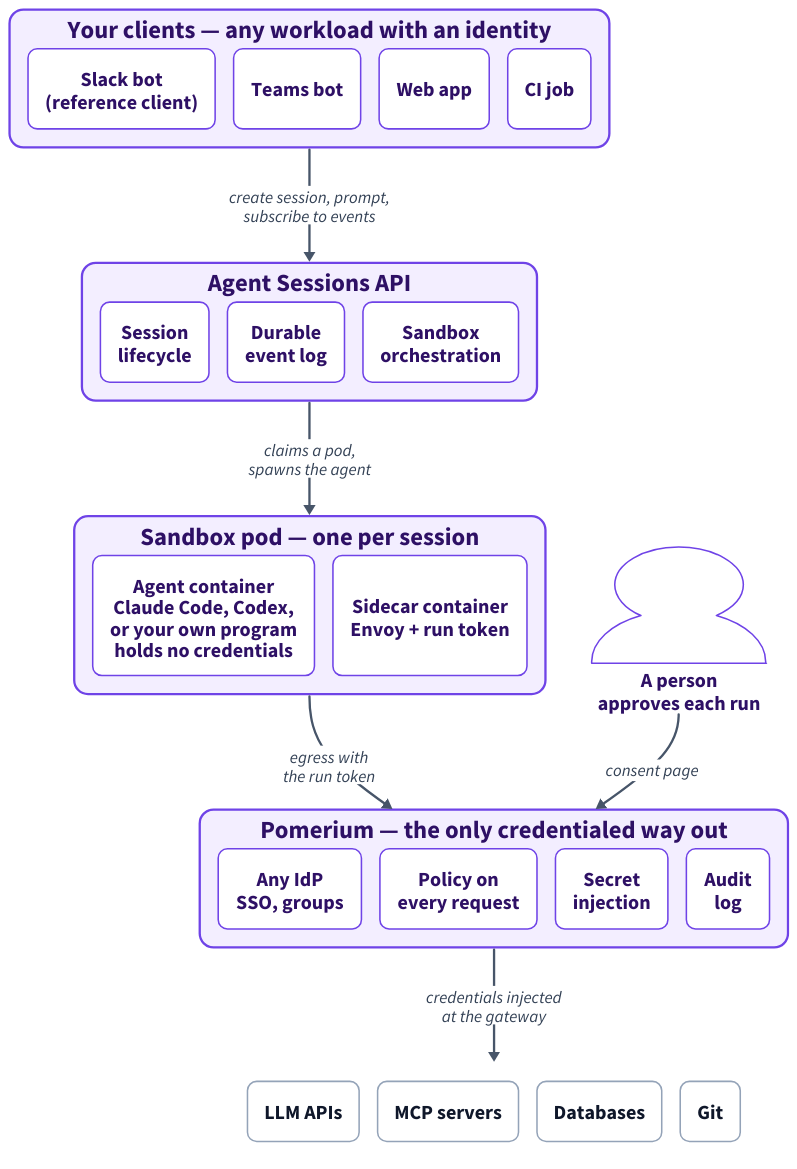
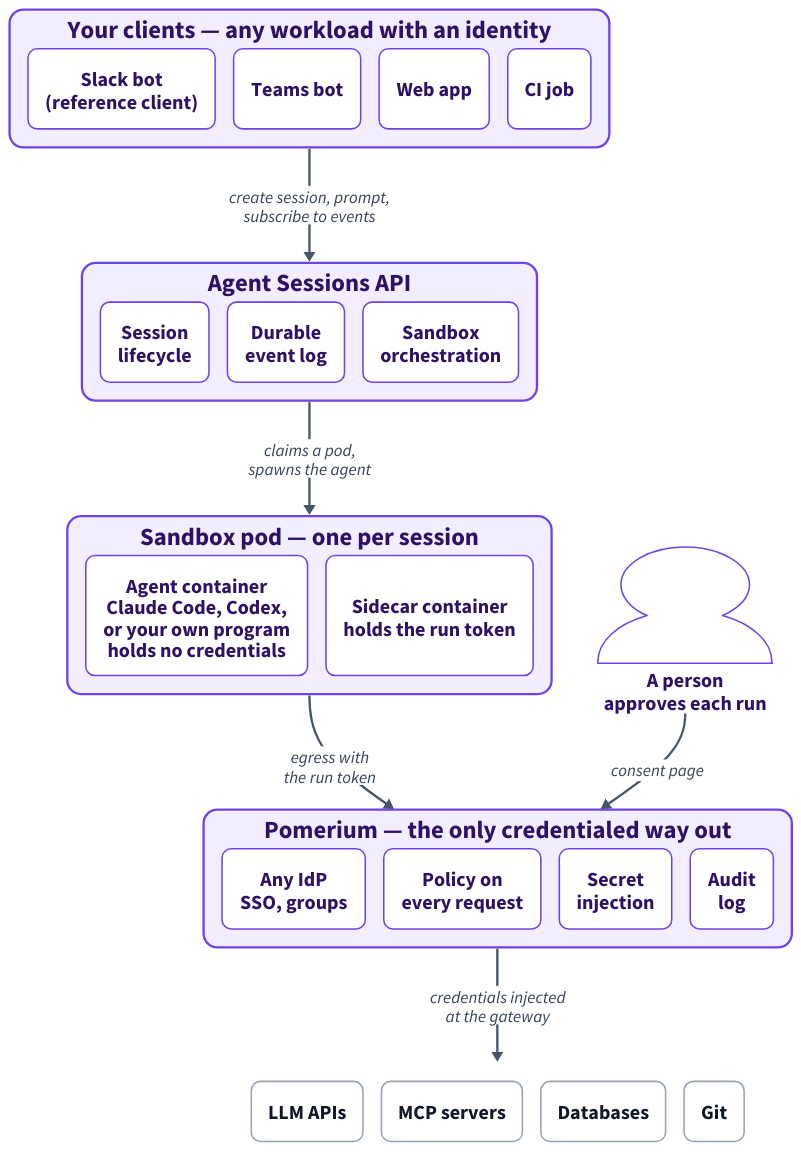
Before and after one commit to pomerium/documentation: the diagram in content/docs/capabilities/img/agentic-runtime/architecture.d2, drawn with D2. The commit also changed 4 other files, not shown here.

Commit message:
docs: hide envoy as implementation detail, call it the sidecar

```diff
--- a/content/docs/capabilities/img/agentic-runtime/architecture.d2
+++ b/content/docs/capabilities/img/agentic-runtime/architecture.d2
@@ -1,130 +1,130 @@
 # Pomerium Agentic Runtime — the whole system, top to bottom
 #
 # Regenerate:  d2 architecture.d2 architecture.svg
 
 direction: down
 
 vars: {
   d2-config: {
     pad: 40
   }
 }
 
 classes: {
   card: {
     shape: rectangle
     style: {
       fill: "#FFFFFF"
       stroke: "#6F43E7"
       stroke-width: 2
       border-radius: 12
       font-size: 26
       bold: true
       font-color: "#2E1065"
     }
   }
   layer: {
     style: {
       fill: "#F3EEFF"
       stroke: "#6F43E7"
       stroke-width: 3
       border-radius: 18
       font-size: 32
       bold: true
       font-color: "#2E1065"
     }
   }
   plain: {
     style: {
       fill: "#FFFFFF"
       stroke: "#94A3B8"
       stroke-width: 2
       border-radius: 12
       font-size: 26
       font-color: "#0F172A"
     }
   }
   actor: {
     shape: person
     style: {
       fill: "#FFFFFF"
       stroke: "#6F43E7"
       stroke-width: 2
       font-size: 26
       bold: true
       font-color: "#2E1065"
     }
   }
   edge: {
     style: {
       stroke: "#475569"
       stroke-width: 3
       font-size: 22
       font-color: "#334155"
     }
   }
 }
 
 clients: "Your clients — any workload with an identity" {
   class: layer
   grid-rows: 1
   grid-gap: 24
 
   slack: "Slack bot\n(reference client)" {class: card}
   teams: "Teams bot" {class: card}
   web: "Web app" {class: card}
   ci: "CI job" {class: card}
 }
 
 harness: "Agent Sessions API" {
   class: layer
   grid-rows: 1
   grid-gap: 24
 
   sessions: "Session\nlifecycle" {class: card}
   events: "Durable\nevent log" {class: card}
   orch: "Sandbox\norchestration" {class: card}
 }
 
 sandbox: "Sandbox pod — one per session" {
   class: layer
   grid-rows: 1
   grid-gap: 24
 
   agent: "Agent container\nClaude Code, Codex,\nor your own program\nholds no credentials" {class: card}
-  sidecar: "Sidecar container\nEnvoy + run token" {class: card}
+  sidecar: "Sidecar container\nholds the run token" {class: card}
 }
 
 pomerium: "Pomerium — the only credentialed way out" {
   class: layer
   grid-rows: 1
   grid-gap: 24
 
   idp: "Any IdP\nSSO, groups" {class: card}
   policy: "Policy on\nevery request" {class: card}
   secrets: "Secret\ninjection" {class: card}
   audit: "Audit\nlog" {class: card}
 }
 
 upstreams: "" {
   class: layer
   style.fill: transparent
   style.stroke: transparent
   grid-rows: 1
   grid-gap: 24
 
   llm: "LLM APIs" {class: plain}
   mcp: "MCP servers" {class: plain}
   db: "Databases" {class: plain}
   git: "Git" {class: plain}
 }
 
 person: "A person\napproves each run" {
   class: actor
 }
 
 clients -> harness: "create session, prompt,\nsubscribe to events" {class: edge}
 harness -> sandbox: "claims a pod,\nspawns the agent" {class: edge}
 sandbox -> pomerium: "egress with\nthe run token" {class: edge}
 pomerium -> upstreams: "credentials injected\nat the gateway" {class: edge}
 person -> pomerium: "consent page" {class: edge}
```
